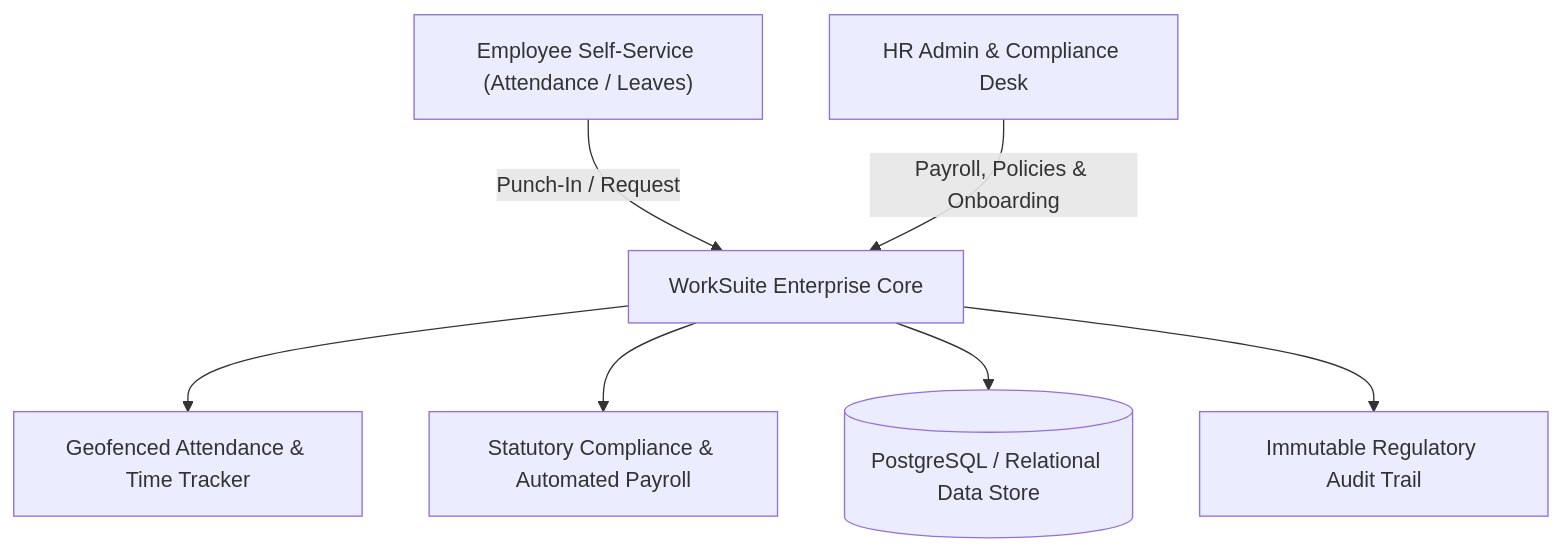
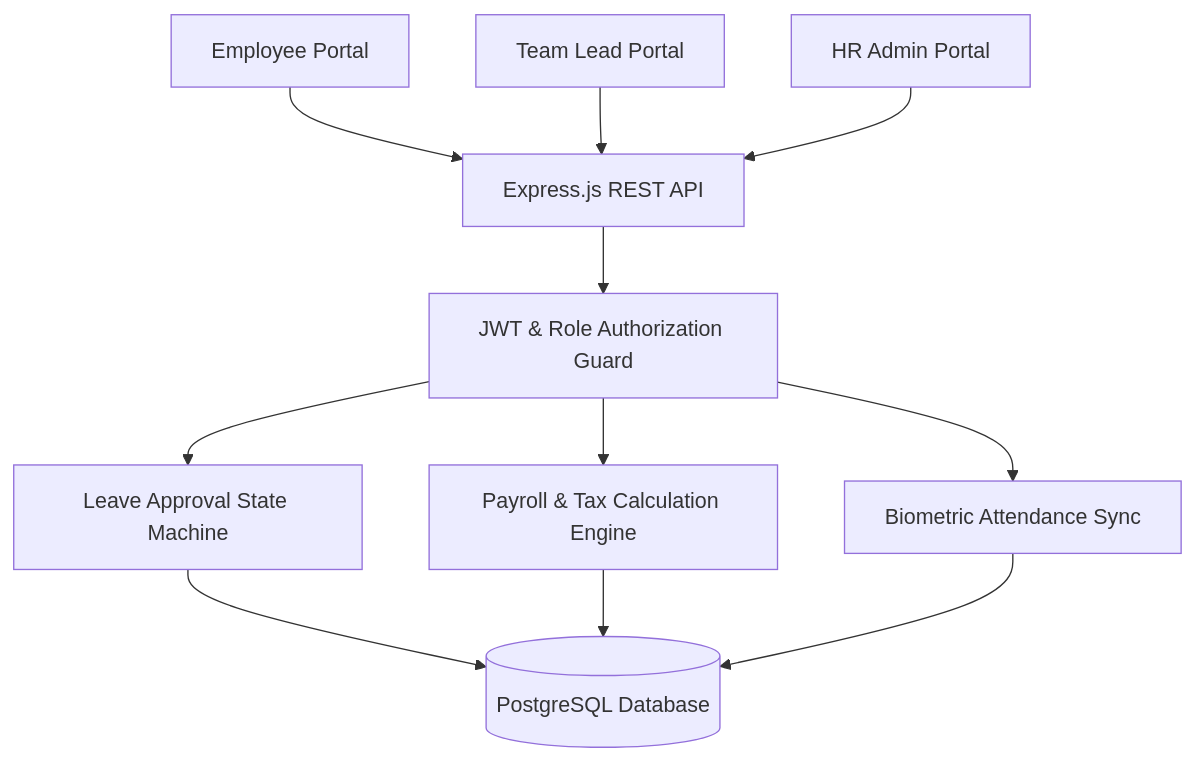
Before and after one commit to Tharun4743/WorkSuite-HRMS: the diagram in README.md, drawn with Mermaid. The commit also changed other lines of this file and 3 other files, not shown here.

````diff
--- a/README.md
+++ b/README.md
@@ -35,9 +39,13 @@
 ```mermaid
-graph TD
-    Employee["Employee Self-Service (Attendance / Leaves)"] -->|Punch-In / Request| AppServer["WorkSuite Enterprise Core"]
-    HR["HR Admin & Compliance Desk"] -->|Payroll, Policies & Onboarding| AppServer
-    AppServer --> AttendanceEngine["Geofenced Attendance & Time Tracker"]
-    AppServer --> PayrollEngine["Statutory Compliance & Automated Payroll"]
-    AppServer --> DB[("PostgreSQL / Relational Data Store")]
-    AppServer --> AuditLogger["Immutable Regulatory Audit Trail"]
+flowchart TD
+    Emp["Employee Portal"] --> API["Express.js REST API"]
+    Lead["Team Lead Portal"] --> API
+    HR["HR Admin Portal"] --> API
+    
+    API --> RBAC["JWT & Role Authorization Guard"]
+    RBAC --> LeaveService["Leave Approval State Machine"]
+    RBAC --> PayrollService["Payroll & Tax Calculation Engine"]
+    RBAC --> AttendService["Biometric Attendance Sync"]
+    
+    LeaveService & PayrollService & AttendService --> DB[("PostgreSQL Database")]
 ```
````
